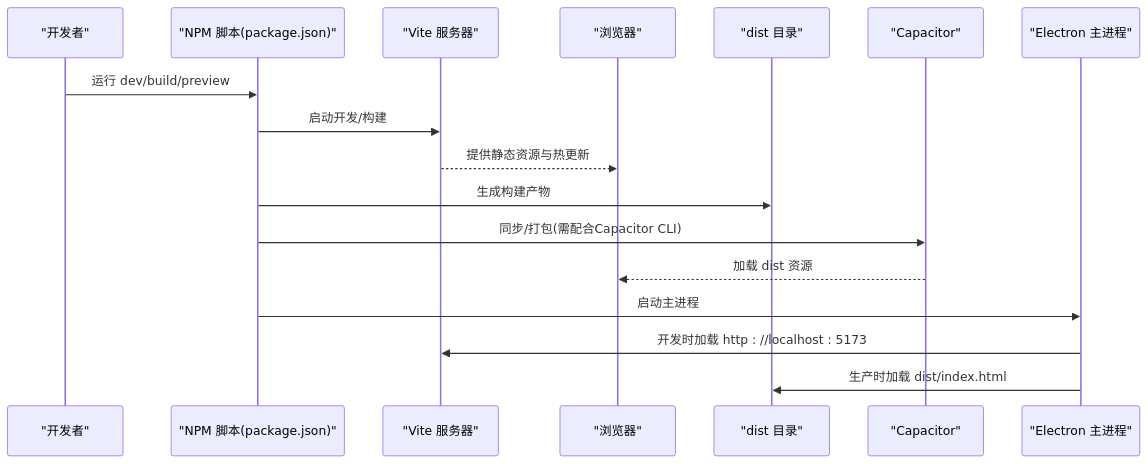
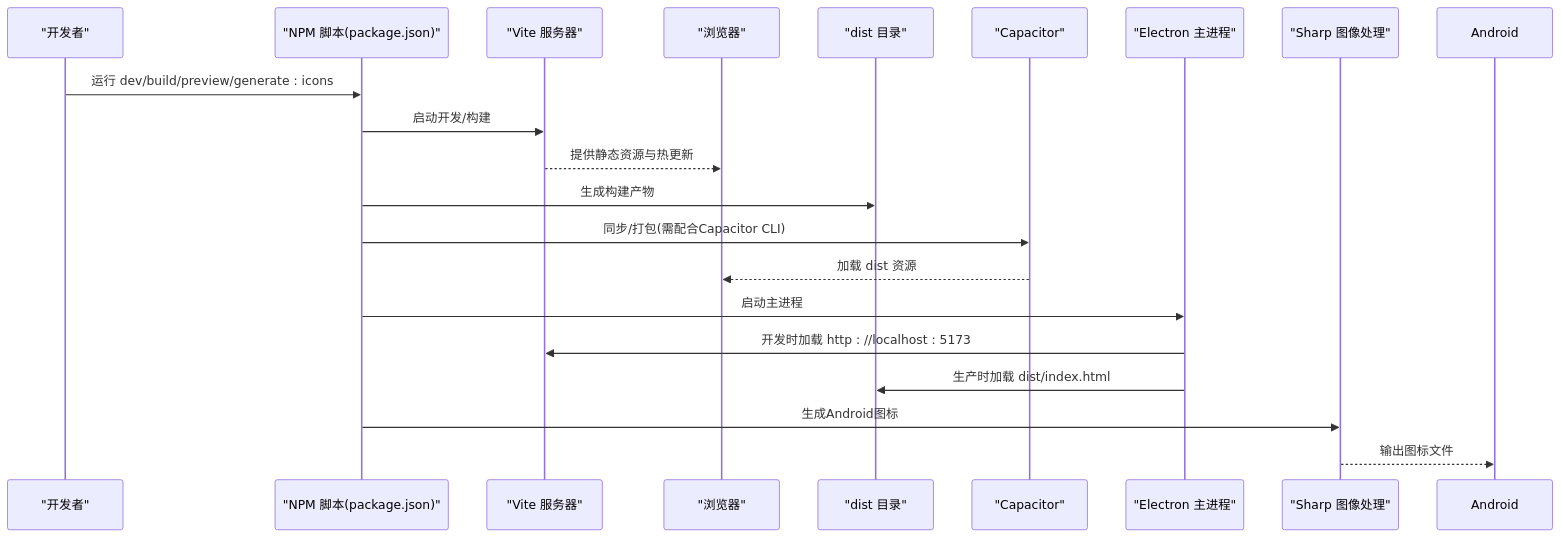
The second of 10 diagrams in .qoder/repowiki/zh/content/构建与部署/Web构建配置.md (xiao-lin-unit/yuan), drawn with Mermaid before and after one commit. The commit also changed other lines of this file and 11 other files, not shown here.

````diff
--- a/.qoder/repowiki/zh/content/构建与部署/Web构建配置.md
+++ b/.qoder/repowiki/zh/content/构建与部署/Web构建配置.md
@@ -104,19 +115,22 @@
 ```mermaid
 sequenceDiagram
 participant Dev as "开发者"
 participant NPM as "NPM 脚本(package.json)"
 participant Vite as "Vite 服务器"
 participant Browser as "浏览器"
 participant Dist as "dist 目录"
 participant Capacitor as "Capacitor"
 participant Electron as "Electron 主进程"
-Dev->>NPM : 运行 dev/build/preview
+participant Sharp as "Sharp 图像处理"
+Dev->>NPM : 运行 dev/build/preview/generate : icons
 NPM->>Vite : 启动开发/构建
 Vite-->>Browser : 提供静态资源与热更新
 NPM->>Dist : 生成构建产物
 NPM->>Capacitor : 同步/打包(需配合Capacitor CLI)
 Capacitor-->>Browser : 加载 dist 资源
 NPM->>Electron : 启动主进程
 Electron->>Vite : 开发时加载 http : //localhost : 5173
 Electron->>Dist : 生产时加载 dist/index.html
+NPM->>Sharp : 生成Android图标
+Sharp-->>Android : 输出图标文件
 ```
````
